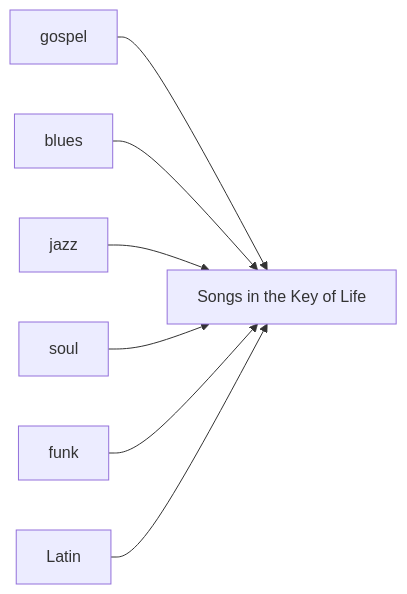
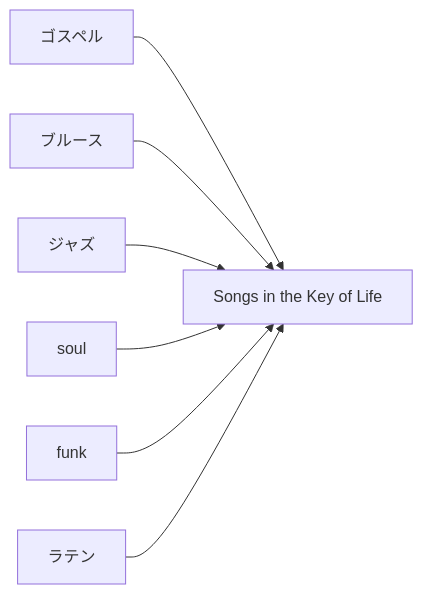
The third of 7 diagrams in en/_posts/2026-07-03-column-influential-album-06.md (monumental-movement/monumental-movement.github.io), drawn with Mermaid before and after one commit. The commit also changed other lines of this file and 2196 other files, not shown here.

```diff
--- a/en/_posts/2026-07-03-column-influential-album-06.md
+++ b/en/_posts/2026-07-03-column-influential-album-06.md
@@ -294,18 +294,18 @@
 <div class="mermaid">
 flowchart LR
-A[gospel]
-B[blues]
-C[jazz]
+A[ゴスペル]
+B[ブルース]
+C[ジャズ]
 D[soul]
 E[funk]
-F[Latin]
+F[ラテン]
 G[Songs in the Key of Life]
 
 A --> G
 B --> G
 C --> G
 D --> G
 E --> G
 F --> G
 
 </div>
```
